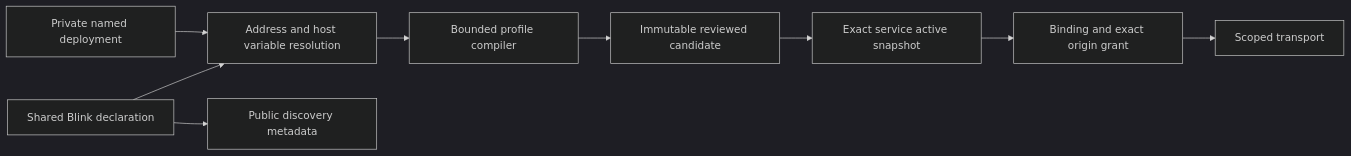
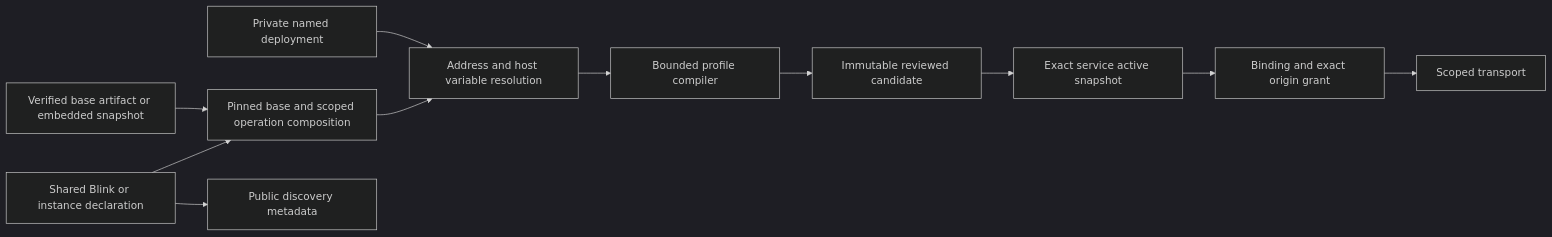
One commit to patrick-1984/web-blink changed the diagram in docs/ARCHITECTURE-SPINE.md. Above: the diagram before and after it, drawn with Mermaid (dark theme). The commit also changed other lines of this file and 57 other files, not shown here.

Commit message:
Add pinned base schemas and URL-scoped instance overrides

````diff
--- a/docs/ARCHITECTURE-SPINE.md
+++ b/docs/ARCHITECTURE-SPINE.md
@@ -22,11 +22,13 @@
 ```mermaid
 flowchart LR
-  Shared[Shared Blink declaration] --> Resolver[Address and host variable resolution]
+  Shared[Shared Blink or instance declaration] --> Composer[Pinned base and scoped operation composition]
+  Base[Verified base artifact or embedded snapshot] --> Composer
+  Composer --> Resolver[Address and host variable resolution]
   Private[Private named deployment] --> Resolver
   Resolver --> Compiler[Bounded profile compiler]
   Compiler --> Candidate[Immutable reviewed candidate]
   Candidate --> Active[Exact service active snapshot]
   Active --> Grant[Binding and exact origin grant]
   Grant --> Transport[Scoped transport]
   Shared --> Catalog[Public discovery metadata]
 ```
````
